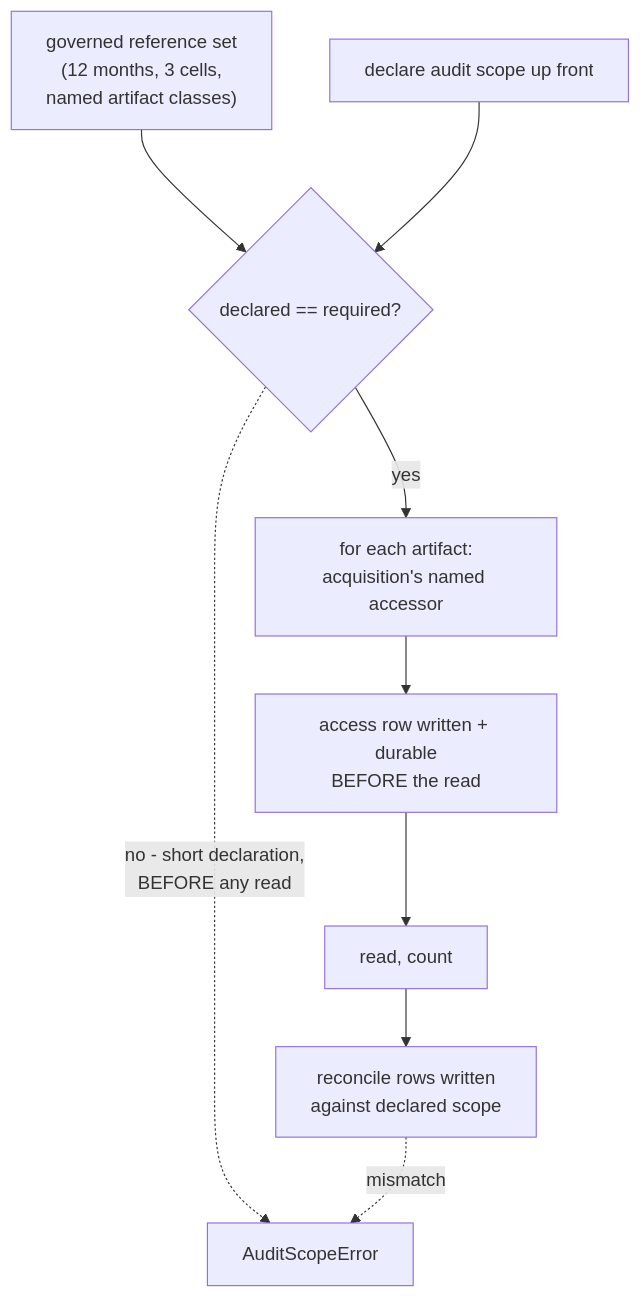
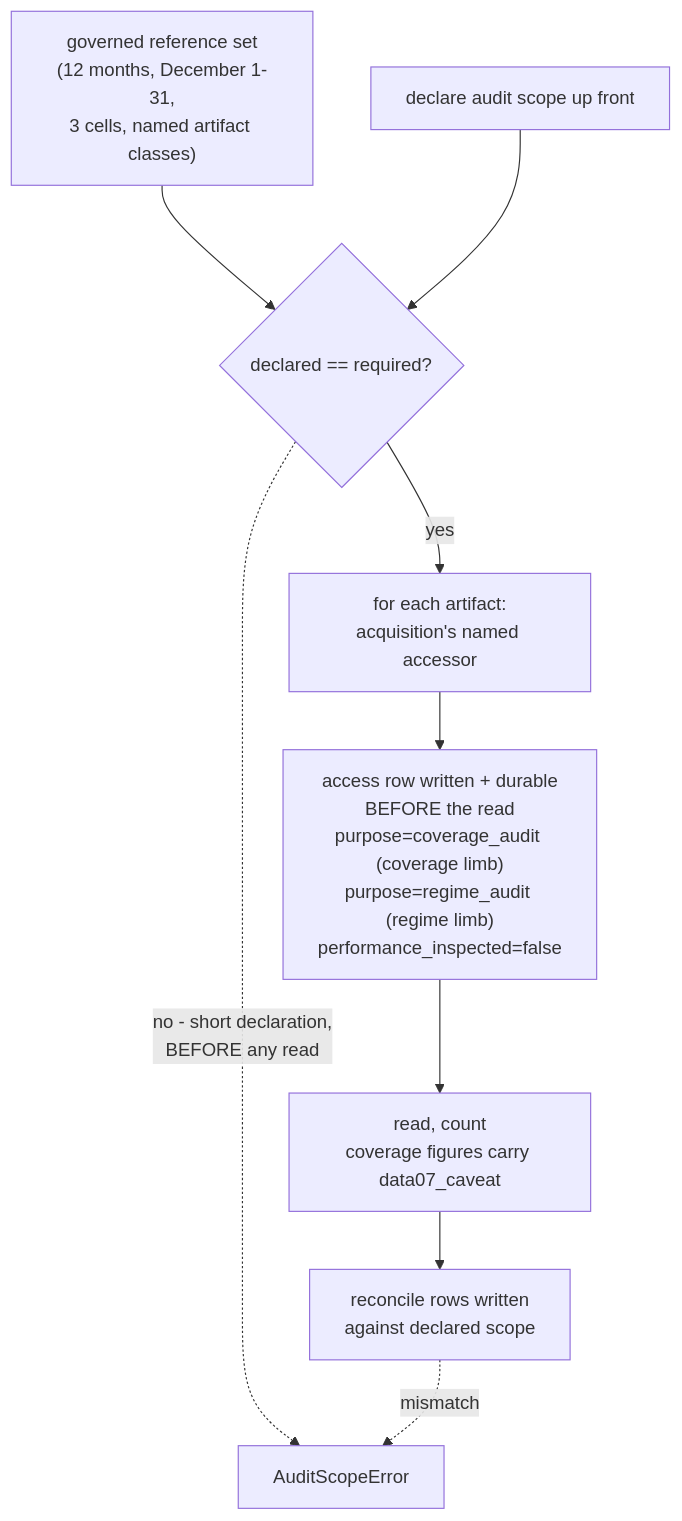
One commit to Kimrza/Thesis_toshkari changed the second of 2 diagrams in aidlc/spaces/default/intents/260813-tec-hourly-forecast/construction/inventory-and-registry/functional-design/business-logic-model.md. Above: the diagram before and after it, drawn with Mermaid. The commit also changed other lines of this file and 52 other files, not shown here.

````diff
--- a/aidlc/spaces/default/intents/260813-tec-hourly-forecast/construction/inventory-and-registry/functional-design/business-logic-model.md
+++ b/aidlc/spaces/default/intents/260813-tec-hourly-forecast/construction/inventory-and-registry/functional-design/business-logic-model.md
@@ -347,17 +347,17 @@
 ```mermaid
 graph TD
-  REF["governed reference set<br/>(12 months, 3 cells,<br/>named artifact classes)"]
+  REF["governed reference set<br/>(12 months, December 1-31,<br/>3 cells, named artifact classes)"]
   D["declare audit scope up front"]
   CHK{"declared == required?"}
   A["for each artifact:<br/>acquisition's named accessor"]
-  L["access row written + durable<br/>BEFORE the read"]
-  R["read, count"]
+  L["access row written + durable<br/>BEFORE the read<br/>purpose=coverage_audit (coverage limb)<br/>purpose=regime_audit (regime limb)<br/>performance_inspected=false"]
+  R["read, count<br/>coverage figures carry data07_caveat"]
   REC["reconcile rows written<br/>against declared scope"]
   X["AuditScopeError"]
   REF --> CHK
   D --> CHK
   CHK -->|yes| A
   CHK -.->|"no - short declaration,<br/>BEFORE any read"| X
   A --> L --> R --> REC
   REC -.->|mismatch| X
 ```
````
